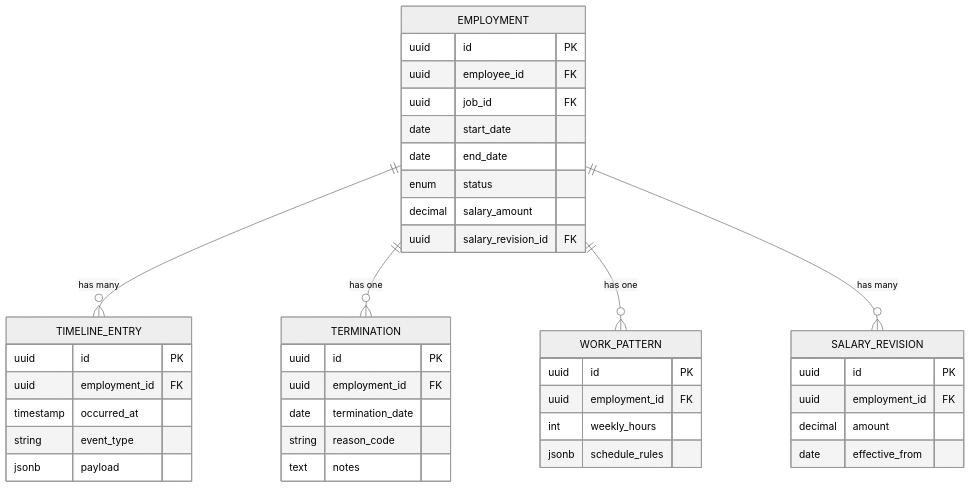
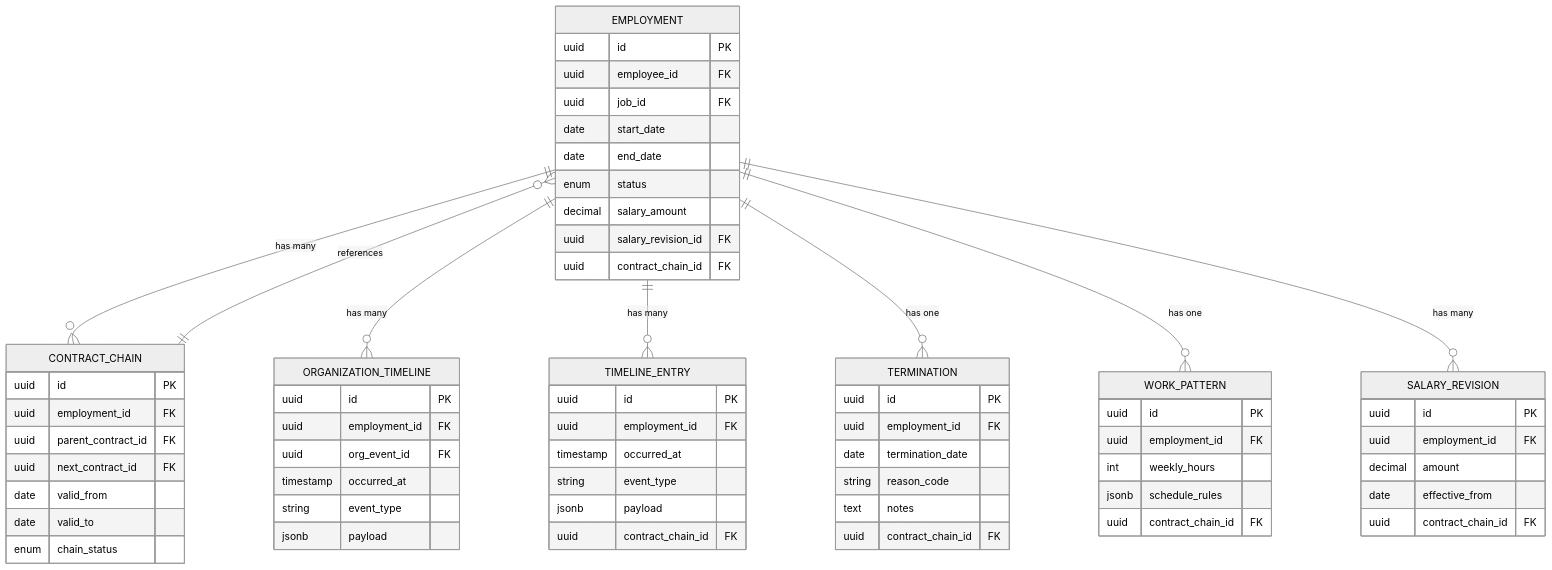
One commit to EdwinCycling/LiquidHR changed the third of 11 diagrams in .qoder/repowiki/en/content/Core HR Module/Employment Lifecycle.md. Above: the diagram before and after it, drawn with Mermaid (neutral theme). The commit also changed other lines of this file and 73 other files, not shown here.

````diff
--- a/.qoder/repowiki/en/content/Core HR Module/Employment Lifecycle.md
+++ b/.qoder/repowiki/en/content/Core HR Module/Employment Lifecycle.md
@@ -181,43 +213,68 @@
 ```mermaid
 erDiagram
 EMPLOYMENT {
 uuid id PK
 uuid employee_id FK
 uuid job_id FK
 date start_date
 date end_date
 enum status
 decimal salary_amount
 uuid salary_revision_id FK
+uuid contract_chain_id FK
+}
+CONTRACT_CHAIN {
+uuid id PK
+uuid employment_id FK
+uuid parent_contract_id FK
+uuid next_contract_id FK
+date valid_from
+date valid_to
+enum chain_status
+}
+ORGANIZATION_TIMELINE {
+uuid id PK
+uuid employment_id FK
+uuid org_event_id FK
+timestamp occurred_at
+string event_type
+jsonb payload
 }
 TIMELINE_ENTRY {
 uuid id PK
 uuid employment_id FK
 timestamp occurred_at
 string event_type
 jsonb payload
+uuid contract_chain_id FK
 }
 TERMINATION {
 uuid id PK
 uuid employment_id FK
 date termination_date
 string reason_code
 text notes
+uuid contract_chain_id FK
 }
 WORK_PATTERN {
 uuid id PK
 uuid employment_id FK
 int weekly_hours
 jsonb schedule_rules
+uuid contract_chain_id FK
 }
 SALARY_REVISION {
 uuid id PK
 uuid employment_id FK
 decimal amount
 date effective_from
+uuid contract_chain_id FK
 }
+EMPLOYMENT ||--o{ CONTRACT_CHAIN : "has many"
+EMPLOYMENT ||--o{ ORGANIZATION_TIMELINE : "has many"
 EMPLOYMENT ||--o{ TIMELINE_ENTRY : "has many"
 EMPLOYMENT ||--o{ TERMINATION : "has one"
 EMPLOYMENT ||--o{ WORK_PATTERN : "has one"
 EMPLOYMENT ||--o{ SALARY_REVISION : "has many"
+CONTRACT_CHAIN ||--o{ EMPLOYMENT : "references"
 ```
````
